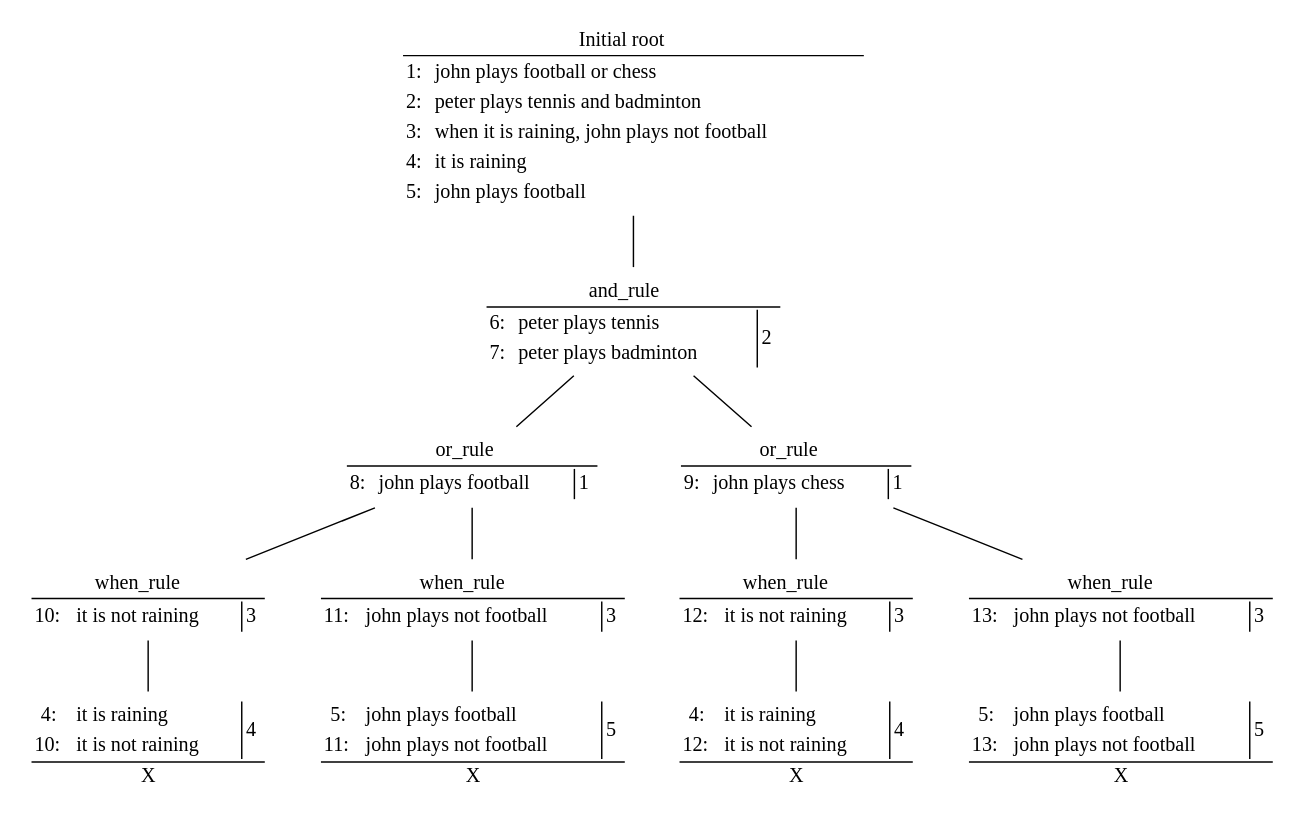
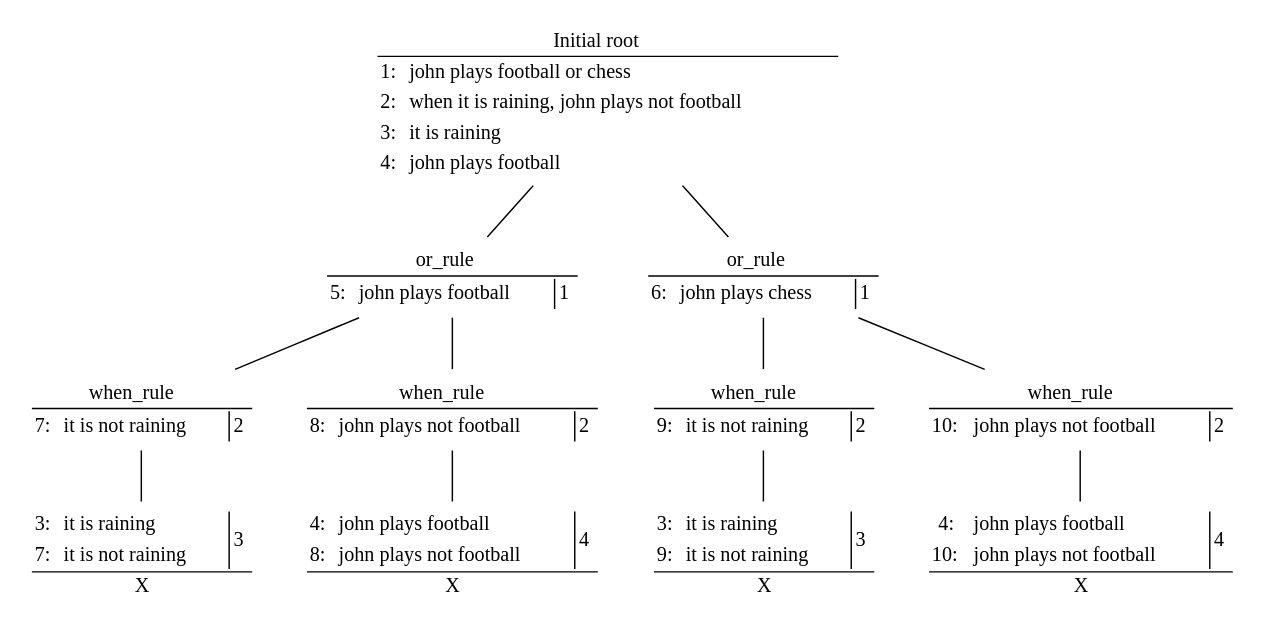
Before and after one commit to Blaxzter/Natural-Language-Reasoner: the diagram in NL-Reasoning/solve-trees/first_example.gv, drawn with Graphviz. The commit also changed 6 other files, not shown here.

```diff
--- a/NL-Reasoning/solve-trees/first_example.gv
+++ b/NL-Reasoning/solve-trees/first_example.gv
@@ -1,97 +1,89 @@
 graph applied_rules {
 0 [label=<
         <table border="0" CELLBORDER="1">
         <tr><td COLSPAN="3" ALIGN="CENTER" SIDES="B">Initial root</td></tr>
-        <tr><td BORDER="0" CELLSPACING="10">1:</td><td BORDER="0" ALIGN="LEFT">john plays football or chess</td></tr><tr><td BORDER="0" CELLSPACING="10">2:</td><td BORDER="0" ALIGN="LEFT">peter plays tennis and badminton</td></tr><tr><td BORDER="0" CELLSPACING="10">3:</td><td BORDER="0" ALIGN="LEFT">when it is raining, john plays not football</td></tr><tr><td BORDER="0" CELLSPACING="10">4:</td><td BORDER="0" ALIGN="LEFT">it is raining</td></tr><tr><td BORDER="0" CELLSPACING="10">5:</td><td BORDER="0" ALIGN="LEFT">john plays football</td></tr>
+        <tr><td BORDER="0" CELLSPACING="10">1:</td><td BORDER="0" ALIGN="LEFT">john plays football or chess</td></tr><tr><td BORDER="0" CELLSPACING="10">2:</td><td BORDER="0" ALIGN="LEFT">when it is raining, john plays not football</td></tr><tr><td BORDER="0" CELLSPACING="10">3:</td><td BORDER="0" ALIGN="LEFT">it is raining</td></tr><tr><td BORDER="0" CELLSPACING="10">4:</td><td BORDER="0" ALIGN="LEFT">john plays football</td></tr>
         
         </table>
         >, shape=none];
 1 [label=<
         <table border="0" CELLBORDER="1">
-        <tr><td COLSPAN="3" ALIGN="CENTER" SIDES="B">and_rule</td></tr>
-        <tr><td BORDER="0" CELLSPACING="10">6:</td><td BORDER="0" ALIGN="LEFT">peter plays tennis</td><td ROWSPAN="2" SIDES="L">2</td></tr><tr><td BORDER="0" CELLSPACING="10">7:</td><td BORDER="0" ALIGN="LEFT">peter plays badminton</td></tr>
+        <tr><td COLSPAN="3" ALIGN="CENTER" SIDES="B">or_rule</td></tr>
+        <tr><td BORDER="0" CELLSPACING="10">5:</td><td BORDER="0" ALIGN="LEFT">john plays football</td><td ROWSPAN="1" SIDES="L">1</td></tr>
         
         </table>
         >, shape=none];
 0 -- 1;
 2 [label=<
         <table border="0" CELLBORDER="1">
         <tr><td COLSPAN="3" ALIGN="CENTER" SIDES="B">or_rule</td></tr>
-        <tr><td BORDER="0" CELLSPACING="10">8:</td><td BORDER="0" ALIGN="LEFT">john plays football</td><td ROWSPAN="1" SIDES="L">1</td></tr>
+        <tr><td BORDER="0" CELLSPACING="10">6:</td><td BORDER="0" ALIGN="LEFT">john plays chess</td><td ROWSPAN="1" SIDES="L">1</td></tr>
         
         </table>
         >, shape=none];
-1 -- 2;
+0 -- 2;
 3 [label=<
         <table border="0" CELLBORDER="1">
-        <tr><td COLSPAN="3" ALIGN="CENTER" SIDES="B">or_rule</td></tr>
-        <tr><td BORDER="0" CELLSPACING="10">9:</td><td BORDER="0" ALIGN="LEFT">john plays chess</td><td ROWSPAN="1" SIDES="L">1</td></tr>
+        <tr><td COLSPAN="3" ALIGN="CENTER" SIDES="B">when_rule</td></tr>
+        <tr><td BORDER="0" CELLSPACING="10">7:</td><td BORDER="0" ALIGN="LEFT">it is not raining</td><td ROWSPAN="1" SIDES="L">2</td></tr>
         
         </table>
         >, shape=none];
 1 -- 3;
 4 [label=<
         <table border="0" CELLBORDER="1">
         <tr><td COLSPAN="3" ALIGN="CENTER" SIDES="B">when_rule</td></tr>
-        <tr><td BORDER="0" CELLSPACING="10">10:</td><td BORDER="0" ALIGN="LEFT">it is not raining</td><td ROWSPAN="1" SIDES="L">3</td></tr>
+        <tr><td BORDER="0" CELLSPACING="10">8:</td><td BORDER="0" ALIGN="LEFT">john plays not football</td><td ROWSPAN="1" SIDES="L">2</td></tr>
         
         </table>
         >, shape=none];
-2 -- 4;
+1 -- 4;
 5 [label=<
         <table border="0" CELLBORDER="1">
-        <tr><td COLSPAN="3" ALIGN="CENTER" SIDES="B">when_rule</td></tr>
-        <tr><td BORDER="0" CELLSPACING="10">11:</td><td BORDER="0" ALIGN="LEFT">john plays not football</td><td ROWSPAN="1" SIDES="L">3</td></tr>
         
+        <tr><td BORDER="0" CELLSPACING="10">3:</td><td BORDER="0" ALIGN="LEFT">it is raining</td><td ROWSPAN="2" SIDES="L">3</td></tr><tr><td BORDER="0" CELLSPACING="10">7:</td><td BORDER="0" ALIGN="LEFT">it is not raining</td></tr>
+        <tr><td COLSPAN="3" ALIGN="CENTER" SIDES="T">X</td></tr>
         </table>
         >, shape=none];
-2 -- 5;
+3 -- 5;
 6 [label=<
         <table border="0" CELLBORDER="1">
         
-        <tr><td BORDER="0" CELLSPACING="10">4:</td><td BORDER="0" ALIGN="LEFT">it is raining</td><td ROWSPAN="2" SIDES="L">4</td></tr><tr><td BORDER="0" CELLSPACING="10">10:</td><td BORDER="0" ALIGN="LEFT">it is not raining</td></tr>
+        <tr><td BORDER="0" CELLSPACING="10">4:</td><td BORDER="0" ALIGN="LEFT">john plays football</td><td ROWSPAN="2" SIDES="L">4</td></tr><tr><td BORDER="0" CELLSPACING="10">8:</td><td BORDER="0" ALIGN="LEFT">john plays not football</td></tr>
         <tr><td COLSPAN="3" ALIGN="CENTER" SIDES="T">X</td></tr>
         </table>
         >, shape=none];
 4 -- 6;
 7 [label=<
         <table border="0" CELLBORDER="1">
+        <tr><td COLSPAN="3" ALIGN="CENTER" SIDES="B">when_rule</td></tr>
+        <tr><td BORDER="0" CELLSPACING="10">9:</td><td BORDER="0" ALIGN="LEFT">it is not raining</td><td ROWSPAN="1" SIDES="L">2</td></tr>
         
-        <tr><td BORDER="0" CELLSPACING="10">5:</td><td BORDER="0" ALIGN="LEFT">john plays football</td><td ROWSPAN="2" SIDES="L">5</td></tr><tr><td BORDER="0" CELLSPACING="10">11:</td><td BORDER="0" ALIGN="LEFT">john plays not football</td></tr>
+        </table>
+        >, shape=none];
+2 -- 7;
+8 [label=<
+        <table border="0" CELLBORDER="1">
+        <tr><td COLSPAN="3" ALIGN="CENTER" SIDES="B">when_rule</td></tr>
+        <tr><td BORDER="0" CELLSPACING="10">10:</td><td BORDER="0" ALIGN="LEFT">john plays not football</td><td ROWSPAN="1" SIDES="L">2</td></tr>
+        
+        </table>
+        >, shape=none];
+2 -- 8;
+9 [label=<
+        <table border="0" CELLBORDER="1">
+        
+        <tr><td BORDER="0" CELLSPACING="10">3:</td><td BORDER="0" ALIGN="LEFT">it is raining</td><td ROWSPAN="2" SIDES="L">3</td></tr><tr><td BORDER="0" CELLSPACING="10">9:</td><td BORDER="0" ALIGN="LEFT">it is not raining</td></tr>
         <tr><td COLSPAN="3" ALIGN="CENTER" SIDES="T">X</td></tr>
         </table>
         >, shape=none];
-5 -- 7;
-8 [label=<
-        <table border="0" CELLBORDER="1">
-        <tr><td COLSPAN="3" ALIGN="CENTER" SIDES="B">when_rule</td></tr>
-        <tr><td BORDER="0" CELLSPACING="10">12:</td><td BORDER="0" ALIGN="LEFT">it is not raining</td><td ROWSPAN="1" SIDES="L">3</td></tr>
-        
-        </table>
-        >, shape=none];
-3 -- 8;
-9 [label=<
-        <table border="0" CELLBORDER="1">
-        <tr><td COLSPAN="3" ALIGN="CENTER" SIDES="B">when_rule</td></tr>
-        <tr><td BORDER="0" CELLSPACING="10">13:</td><td BORDER="0" ALIGN="LEFT">john plays not football</td><td ROWSPAN="1" SIDES="L">3</td></tr>
-        
-        </table>
-        >, shape=none];
-3 -- 9;
+7 -- 9;
 10 [label=<
         <table border="0" CELLBORDER="1">
         
-        <tr><td BORDER="0" CELLSPACING="10">4:</td><td BORDER="0" ALIGN="LEFT">it is raining</td><td ROWSPAN="2" SIDES="L">4</td></tr><tr><td BORDER="0" CELLSPACING="10">12:</td><td BORDER="0" ALIGN="LEFT">it is not raining</td></tr>
+        <tr><td BORDER="0" CELLSPACING="10">4:</td><td BORDER="0" ALIGN="LEFT">john plays football</td><td ROWSPAN="2" SIDES="L">4</td></tr><tr><td BORDER="0" CELLSPACING="10">10:</td><td BORDER="0" ALIGN="LEFT">john plays not football</td></tr>
         <tr><td COLSPAN="3" ALIGN="CENTER" SIDES="T">X</td></tr>
         </table>
         >, shape=none];
 8 -- 10;
-11 [label=<
-        <table border="0" CELLBORDER="1">
-        
-        <tr><td BORDER="0" CELLSPACING="10">5:</td><td BORDER="0" ALIGN="LEFT">john plays football</td><td ROWSPAN="2" SIDES="L">5</td></tr><tr><td BORDER="0" CELLSPACING="10">13:</td><td BORDER="0" ALIGN="LEFT">john plays not football</td></tr>
-        <tr><td COLSPAN="3" ALIGN="CENTER" SIDES="T">X</td></tr>
-        </table>
-        >, shape=none];
-9 -- 11;
 }
```
